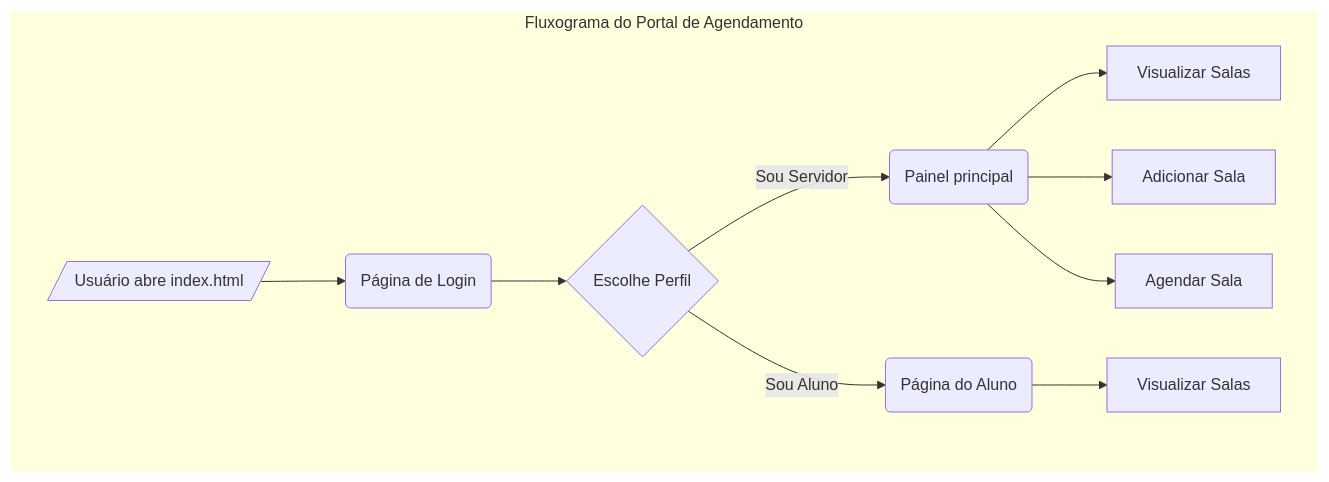
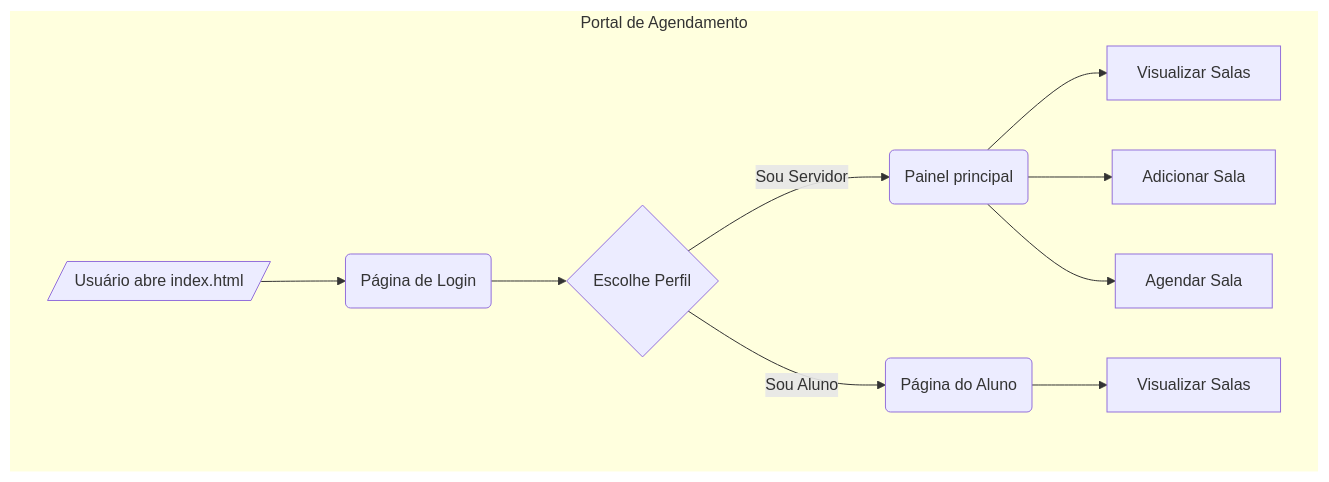
Before and after one commit to ericdalaporta/sistema-gerenciamento-salas: the diagram in README.md, drawn with Mermaid. The commit also changed other lines of this file, not shown here.

````diff
--- a/README.md
+++ b/README.md
@@ -62,28 +62,28 @@
 ```mermaid
 ---
 config:
   theme: mc
   look: classic
   layout: dagre
 ---
 flowchart TD
- subgraph exemplo["Fluxograma do Portal de Agendamento"]
+ subgraph exemplo["Portal de Agendamento"]
         B("Página de Login")
         A[/"Usuário abre index.html"/]
         C{"Escolhe Perfil"}
         D("Painel principal")
         E("Página do Aluno")
         F["Visualizar Salas"]
         G["Adicionar Sala"]
         H["Agendar Sala"]
         I["Visualizar Salas"]
   end
     A --> B
     B --> C
     C -- Sou Servidor --> D
     C -- Sou Aluno --> E
     D --> F & G & H
     E --> I
     style exemplo stroke:none
 
 ```
````
